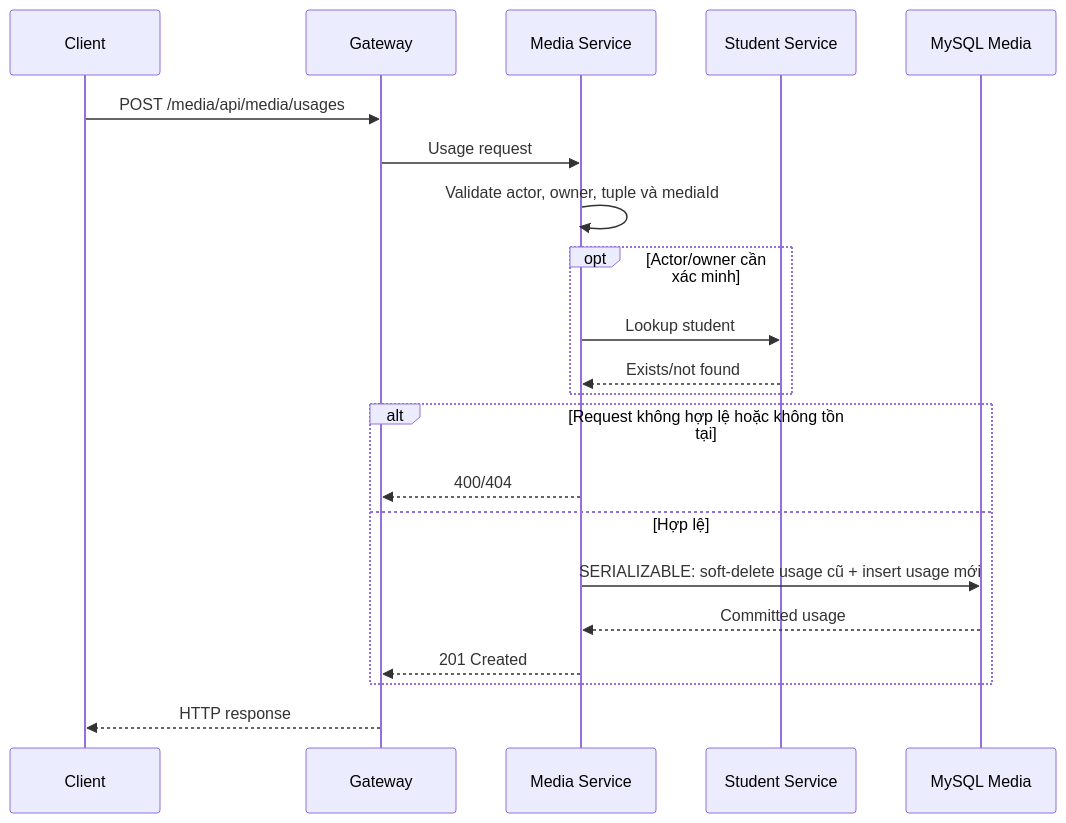
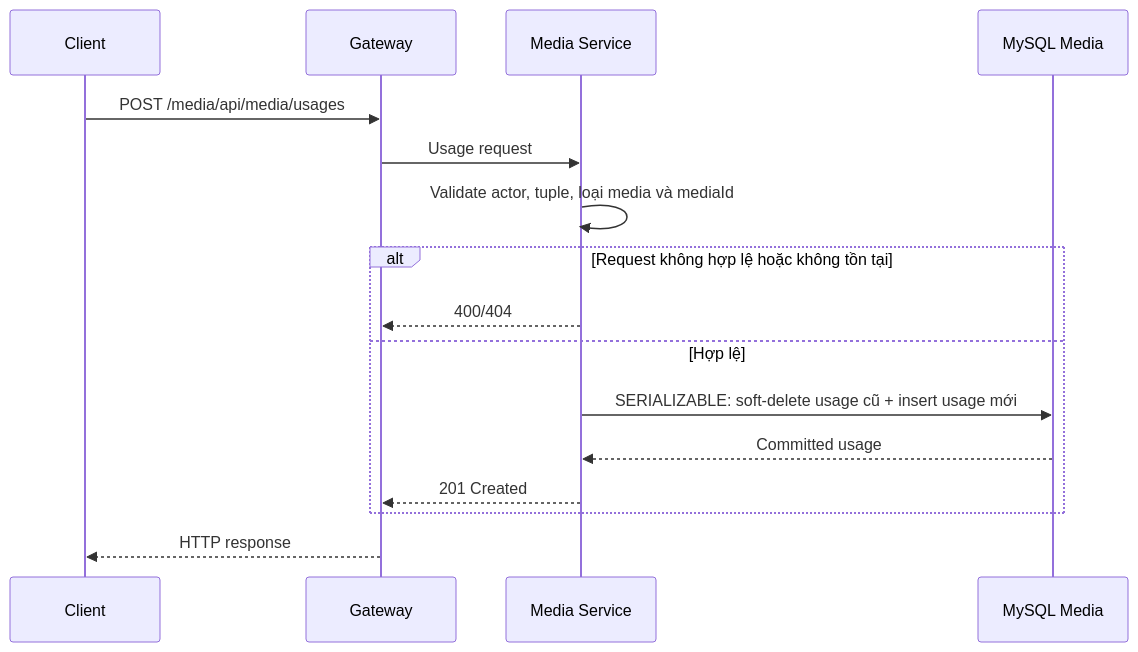
Before and after one commit to Minhduc7904/MiniProjectTrainingKaopiz: the diagram in ducnm3/docs/business-flows/media/post-media-usages.md, drawn with Mermaid. The commit also changed other lines of this file and 63 other files, not shown here.

````diff
--- a/ducnm3/docs/business-flows/media/post-media-usages.md
+++ b/ducnm3/docs/business-flows/media/post-media-usages.md
@@ -27,24 +27,19 @@
 ```mermaid
 sequenceDiagram
     participant Client
     participant Gateway
     participant API as Media Service
-    participant Student as Student Service
     participant DB as MySQL Media
 
     Client->>Gateway: POST /media/api/media/usages
     Gateway->>API: Usage request
-    API->>API: Validate actor, owner, tuple và mediaId
-    opt Actor/owner cần xác minh
-        API->>Student: Lookup student
-        Student-->>API: Exists/not found
-    end
+    API->>API: Validate actor, tuple, loại media và mediaId
     alt Request không hợp lệ hoặc không tồn tại
         API-->>Gateway: 400/404
     else Hợp lệ
         API->>DB: SERIALIZABLE: soft-delete usage cũ + insert usage mới
         DB-->>API: Committed usage
         API-->>Gateway: 201 Created
     end
     Gateway-->>Client: HTTP response
 ```
````
